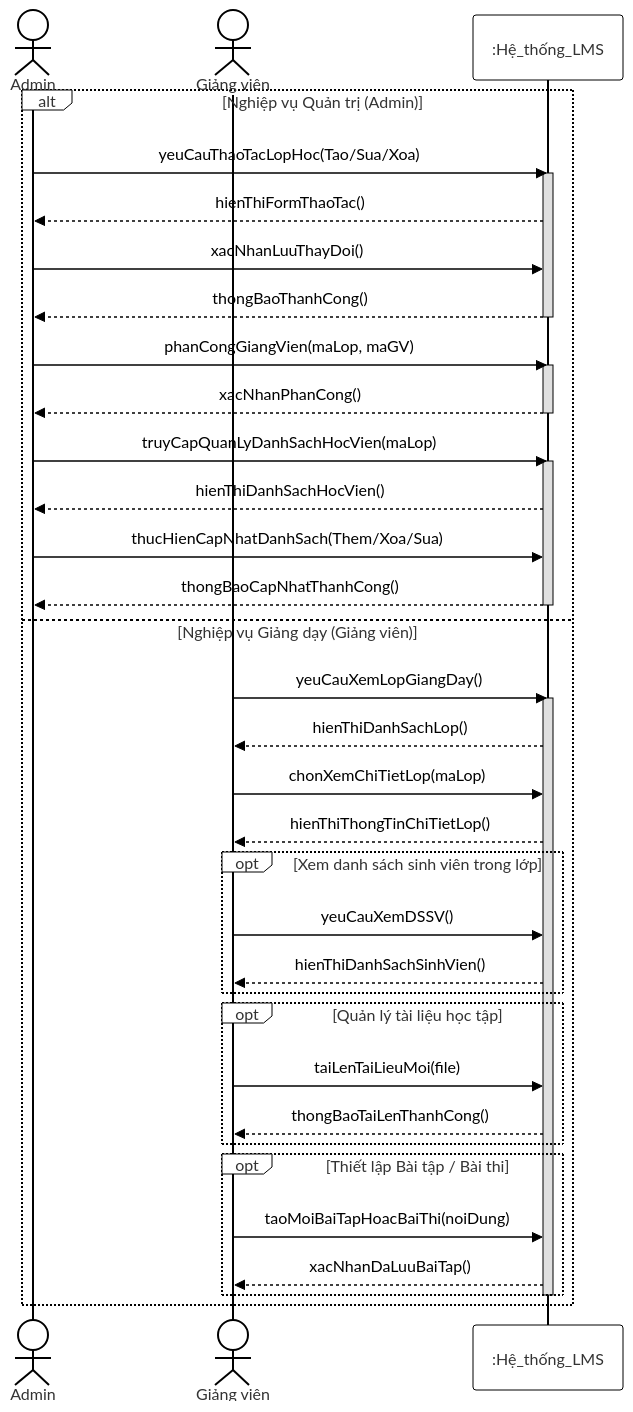
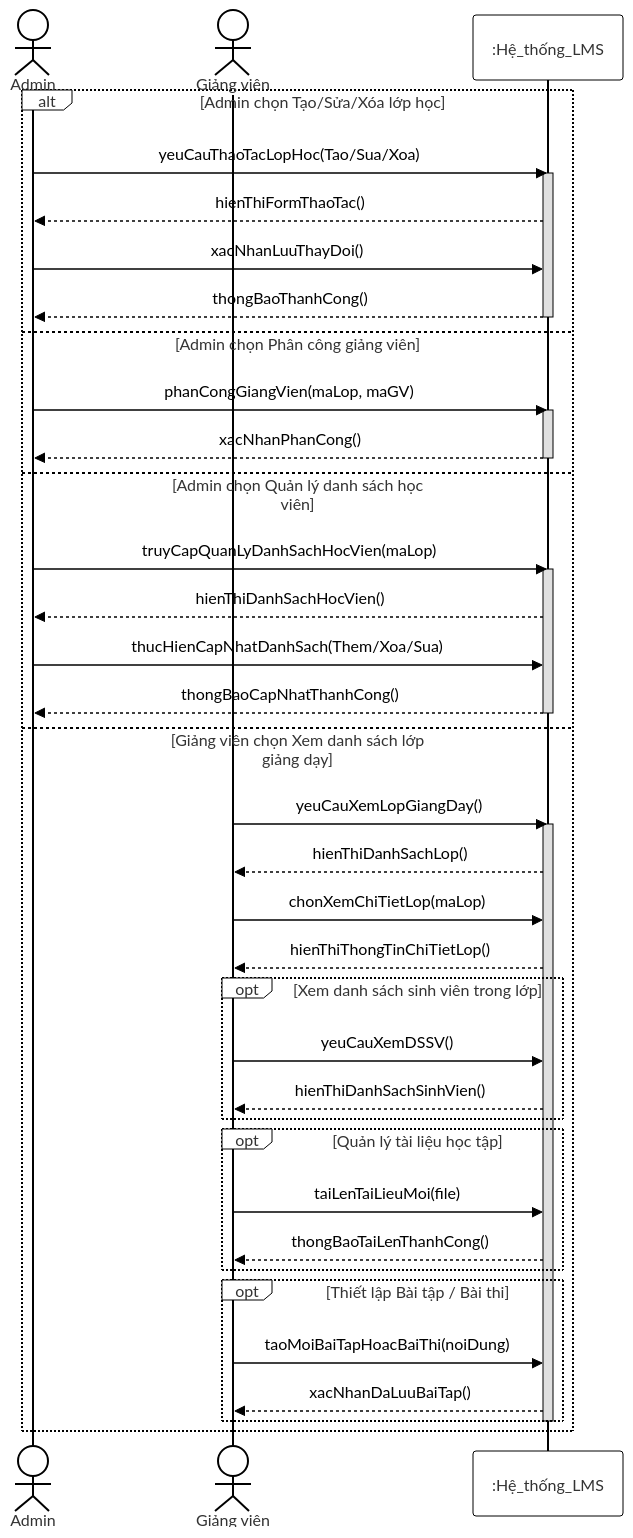
One commit to NguyenViet-281205/PTTKHT changed the diagram in quanlylophoc.md. Above: the diagram before and after it, drawn with Mermaid.

````diff
--- a/quanlylophoc.md
+++ b/quanlylophoc.md
@@ -1,57 +1,56 @@
 ```mermaid
 %%{init: { 'theme': 'base', 'themeVariables': { 'primaryColor': '#ffffff', 'primaryBorderColor': '#000000', 'lineColor': '#000000', 'textColor': '#000000', 'actorBkg': '#ffffff', 'actorBorder': '#000000', 'signalColor': '#000000', 'signalTextColor': '#000000', 'activationBorderColor': '#000000', 'activationBkgColor': '#e0e0e0', 'noteBkgColor': '#ffffff', 'noteBorderColor': '#000000' } } }%%
 sequenceDiagram
     actor Ad as Admin
     actor GV as Giảng viên
     participant Sys as :Hệ_thống_LMS
 
-    %% Khối nghiệp vụ dành cho Admin
-    alt Nghiệp vụ Quản trị (Admin)
+    alt Admin chọn Tạo/Sửa/Xóa lớp học
         Ad->>Sys: yeuCauThaoTacLopHoc(Tao/Sua/Xoa)
         activate Sys
         Sys-->>Ad: hienThiFormThaoTac()
         Ad->>Sys: xacNhanLuuThayDoi()
         Sys-->>Ad: thongBaoThanhCong()
         deactivate Sys
 
+    else Admin chọn Phân công giảng viên
         Ad->>Sys: phanCongGiangVien(maLop, maGV)
         activate Sys
         Sys-->>Ad: xacNhanPhanCong()
         deactivate Sys
 
-        %% Thêm phần Quản lý danh sách học viên mà bản trước thiếu
+    else Admin chọn Quản lý danh sách học viên
         Ad->>Sys: truyCapQuanLyDanhSachHocVien(maLop)
         activate Sys
         Sys-->>Ad: hienThiDanhSachHocVien()
         Ad->>Sys: thucHienCapNhatDanhSach(Them/Xoa/Sua)
         Sys-->>Ad: thongBaoCapNhatThanhCong()
         deactivate Sys
 
-    %% Khối nghiệp vụ dành cho Giảng viên
-    else Nghiệp vụ Giảng dạy (Giảng viên)
+    else Giảng viên chọn Xem danh sách lớp giảng dạy
         GV->>Sys: yeuCauXemLopGiangDay()
         activate Sys
         Sys-->>GV: hienThiDanhSachLop()
         
         %% Include: Chi tiết lớp học
         GV->>Sys: chonXemChiTietLop(maLop)
         Sys-->>GV: hienThiThongTinChiTietLop()
         
         %% Các chức năng mở rộng (Extend)
         opt Xem danh sách sinh viên trong lớp
             GV->>Sys: yeuCauXemDSSV()
             Sys-->>GV: hienThiDanhSachSinhVien()
         end
         
         opt Quản lý tài liệu học tập
             GV->>Sys: taiLenTaiLieuMoi(file)
             Sys-->>GV: thongBaoTaiLenThanhCong()
         end
         
         opt Thiết lập Bài tập / Bài thi
             GV->>Sys: taoMoiBaiTapHoacBaiThi(noiDung)
             Sys-->>GV: xacNhanDaLuuBaiTap()
         end
         deactivate Sys
     end
 ```
````
